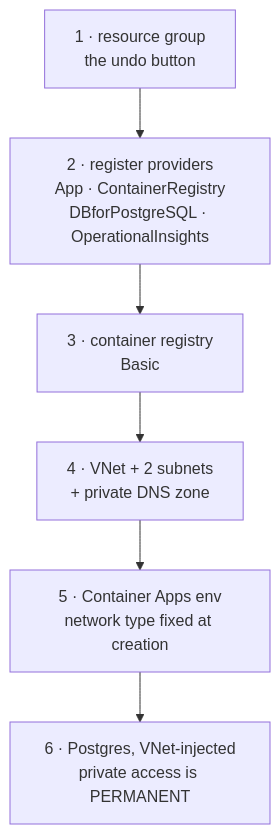
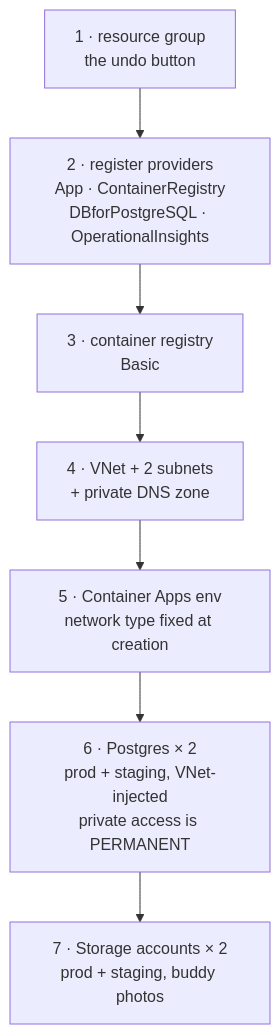
One commit to Lynns0416/buddy-app-copy changed the fourth of 6 diagrams in docs/deploy-plan.md. Above: the diagram before and after it, drawn with Mermaid. The commit also changed other lines of this file and 3 other files, not shown here.

````diff
--- a/docs/deploy-plan.md
+++ b/docs/deploy-plan.md
@@ -162,8 +180,9 @@
 ```mermaid
 flowchart TB
     RG["1 · resource group<br/>the undo button"] --> PROV["2 · register providers<br/>App · ContainerRegistry<br/>DBforPostgreSQL · OperationalInsights"]
     PROV --> ACR["3 · container registry<br/>Basic"]
     ACR --> VNET["4 · VNet + 2 subnets<br/>+ private DNS zone"]
     VNET --> ENV["5 · Container Apps env<br/>network type fixed at creation"]
-    ENV --> PG["6 · Postgres, VNet-injected<br/>private access is PERMANENT"]
+    ENV --> PG["6 · Postgres × 2<br/>prod + staging, VNet-injected<br/>private access is PERMANENT"]
+    PG --> ST["7 · Storage accounts × 2<br/>prod + staging, buddy photos"]
 ```
````
